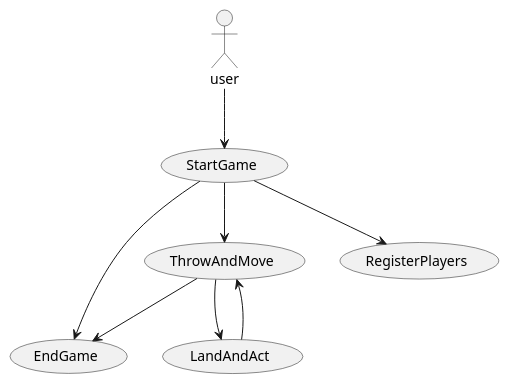
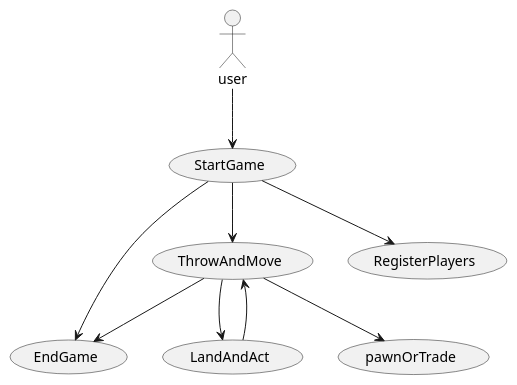
One commit to Dat1Cphbusiness/MonopolyE24 changed the diagram in doc/Plan/dynamic/usecases.puml. Above: the diagram before and after it, drawn with PlantUML. The commit also changed 9 other files, not shown here.

```diff
--- a/doc/Plan/dynamic/usecases.puml
+++ b/doc/Plan/dynamic/usecases.puml
@@ -1,19 +1,20 @@
 @startuml
 
   actor user
 
   usecase "ThrowAndMove" as UC3
   usecase "StartGame" as UC1
   usecase "EndGame" as UC5
   usecase "RegisterPlayers" as UC2
   usecase "LandAndAct" as UC4
-
+  usecase "pawnOrTrade" as UC6
 
 user --> UC1
 UC1 --> UC2
 UC1 --> UC3
+UC3 --> UC6
 UC3 --> UC4
 UC4 --> UC3
 UC3 --> UC5
 UC1 --> UC5
 @enduml
```
